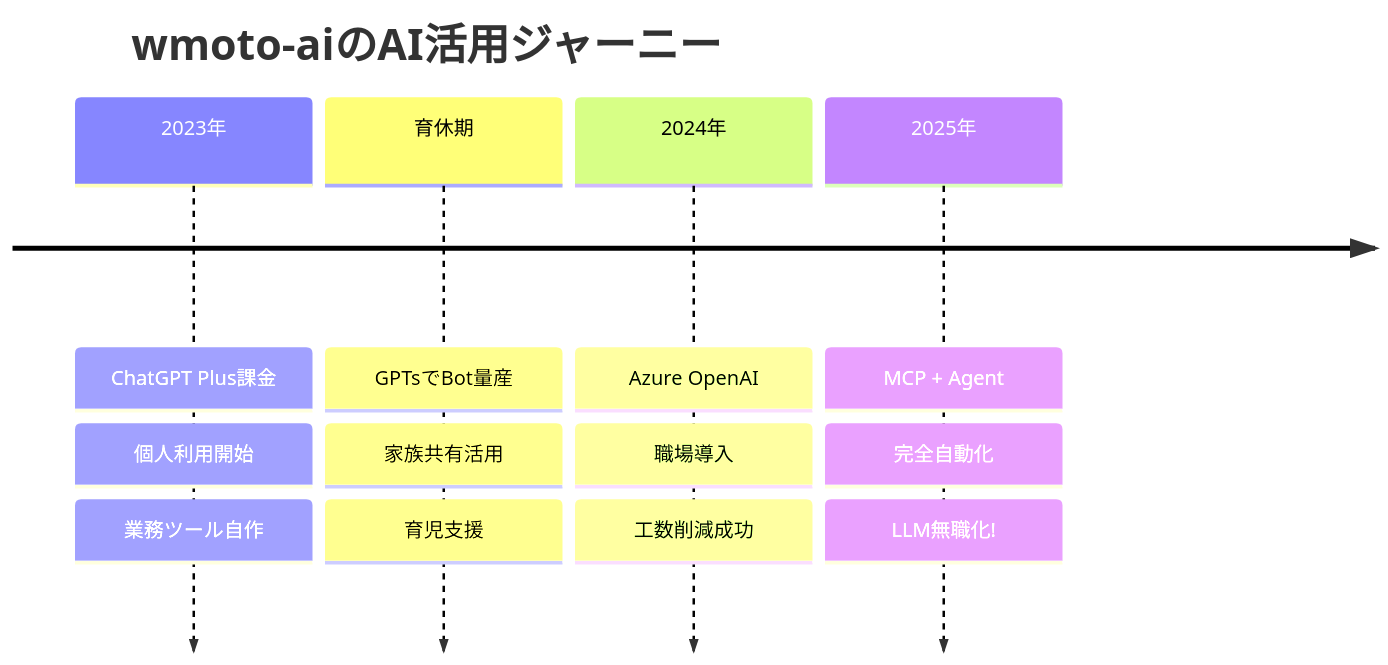
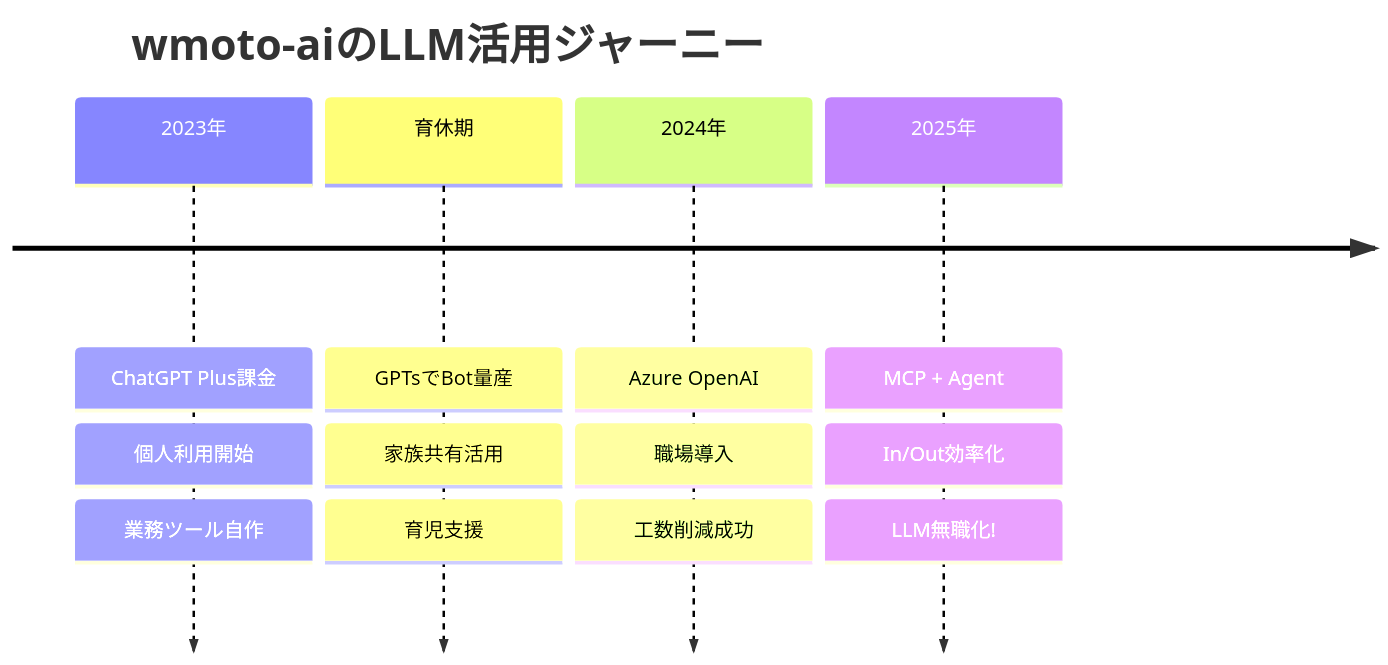
Before and after one commit to wmoto-ai/marp_lt: the diagram in slide/kawaruba_lt_2025.md, drawn with Mermaid. The commit also changed other lines of this file and 9 other files, not shown here.

```diff
--- a/slide/kawaruba_lt_2025.md
+++ b/slide/kawaruba_lt_2025.md
@@ -349,16 +343,16 @@
 <div class="mermaid" style="max-height: 350px;">
 timeline
-    title wmoto-aiのAI活用ジャーニー    
+    title wmoto-aiのLLM活用ジャーニー    
     2023年 : ChatGPT Plus課金
            : 個人利用開始
            : 業務ツール自作    
     育休期 : GPTsでBot量産
            : 家族共有活用
            : 育児支援
     2024年 : Azure OpenAI
            : 職場導入
            : 工数削減成功  
     2025年 : MCP + Agent
-           : 完全自動化
+           : In/Out効率化
            : LLM無職化!
 </div>
```
